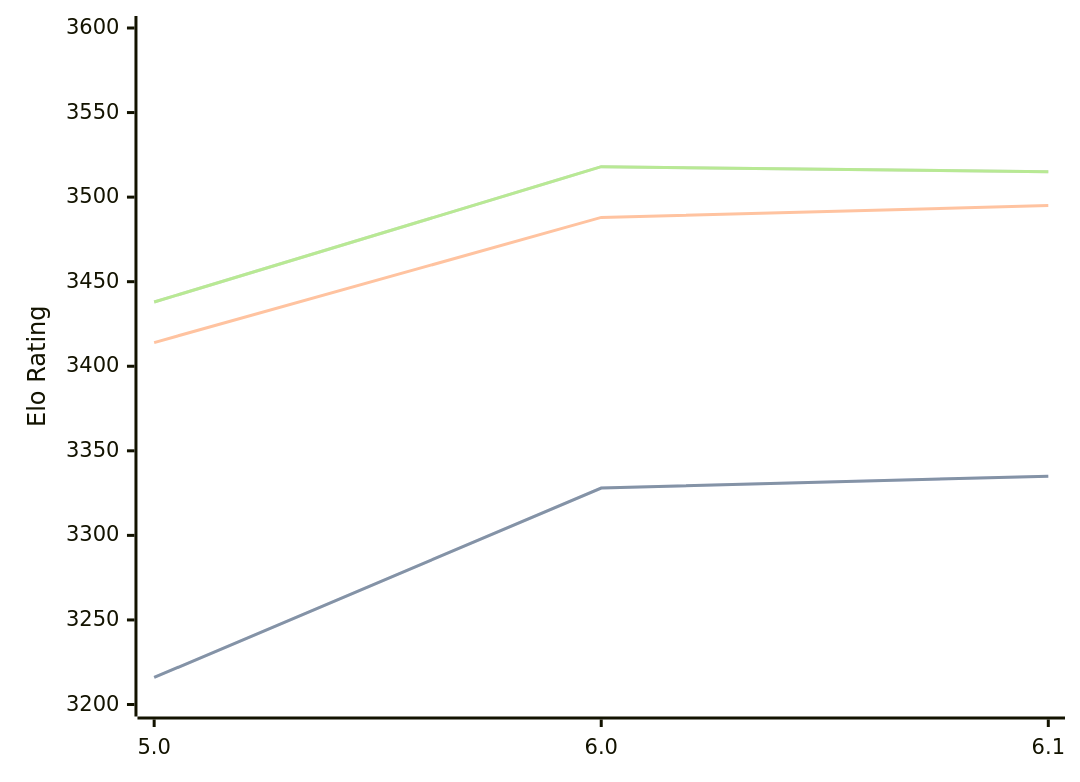
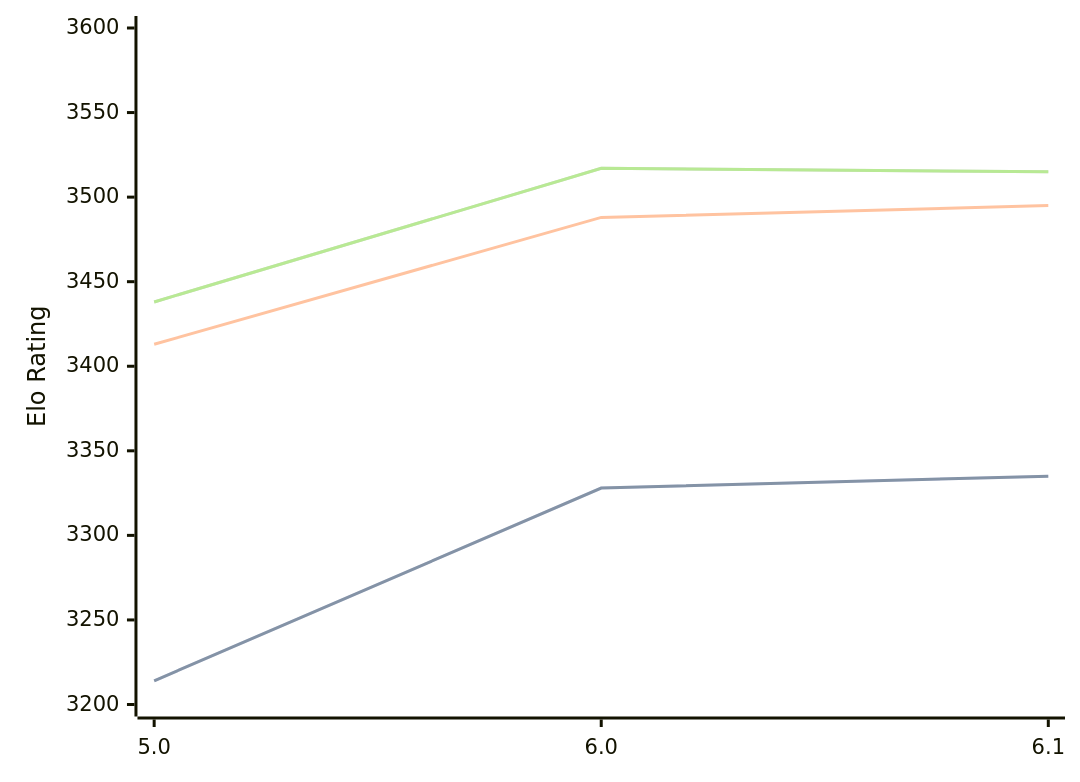
One commit to computer-chess-index/cci changed the diagram in engines/Starzix.md. Above: the diagram before and after it, drawn with Mermaid. The commit also changed other lines of this file, not shown here.

Commit message:
Update CCI Ratings (ELO VLTC) - 2026-09-11

````diff
--- a/engines/Starzix.md
+++ b/engines/Starzix.md
@@ -33,11 +33,11 @@
 ```mermaid
 %%{init: {"theme":"base","themeVariables":{"seriesColors:['#a3a3a3','#222221','#faa371']}}}%%
 xychart-beta
   x-axis ["5.0", "6.0", "6.1"]
   y-axis "Elo Rating" 3200 --> 3600
-  line "" [3216, 3328, 3335]
-  line "STC (8.0+0.08s)" [3216, 3328, 3335]
-  line "LTC (60.0+0.60s)" [3414, 3488, 3495]
-  line "" [3438, 3518, 3515]
-  line "VLTC (2m24s+1.12s)" [3438, 3518, 3515]
+  line "" [3214, 3328, 3335]
+  line "STC (8.0+0.08s)" [3214, 3328, 3335]
+  line "LTC (60.0+0.60s)" [3413, 3488, 3495]
+  line "" [3438, 3517, 3515]
+  line "VLTC (2m24s+1.12s)" [3438, 3517, 3515]
 ```
````
